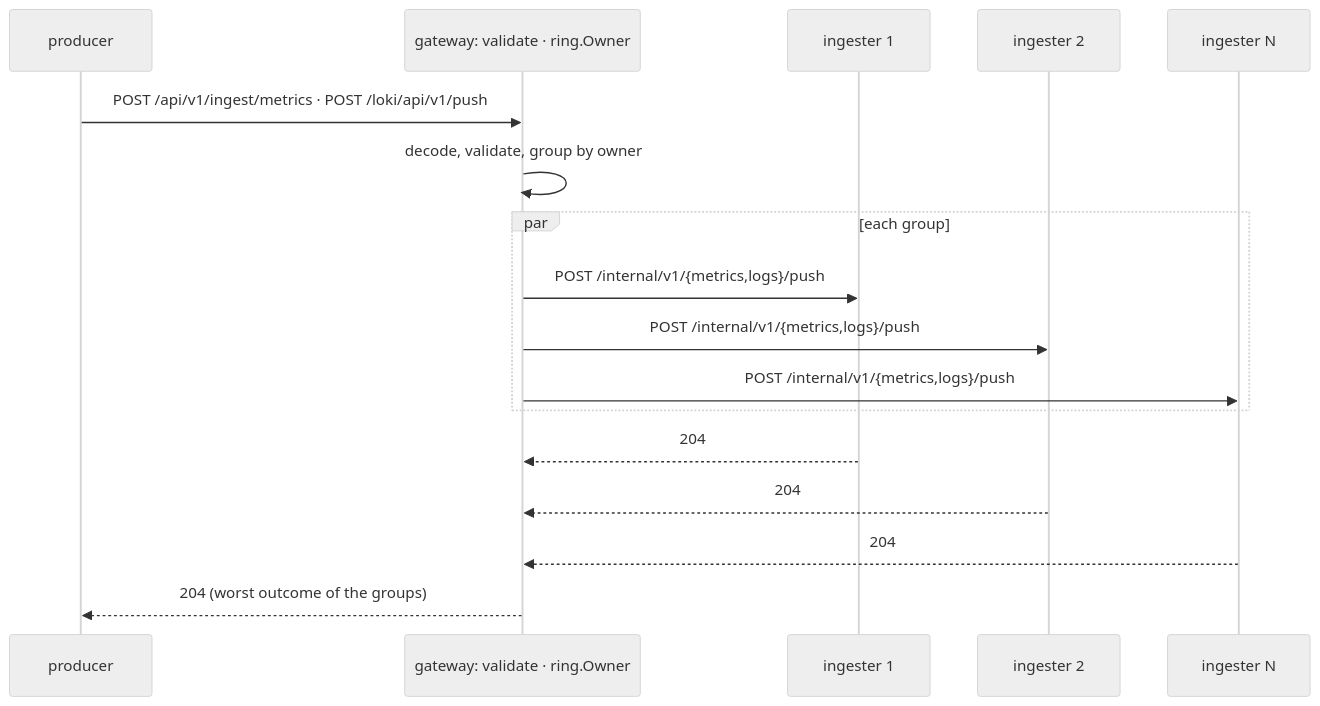
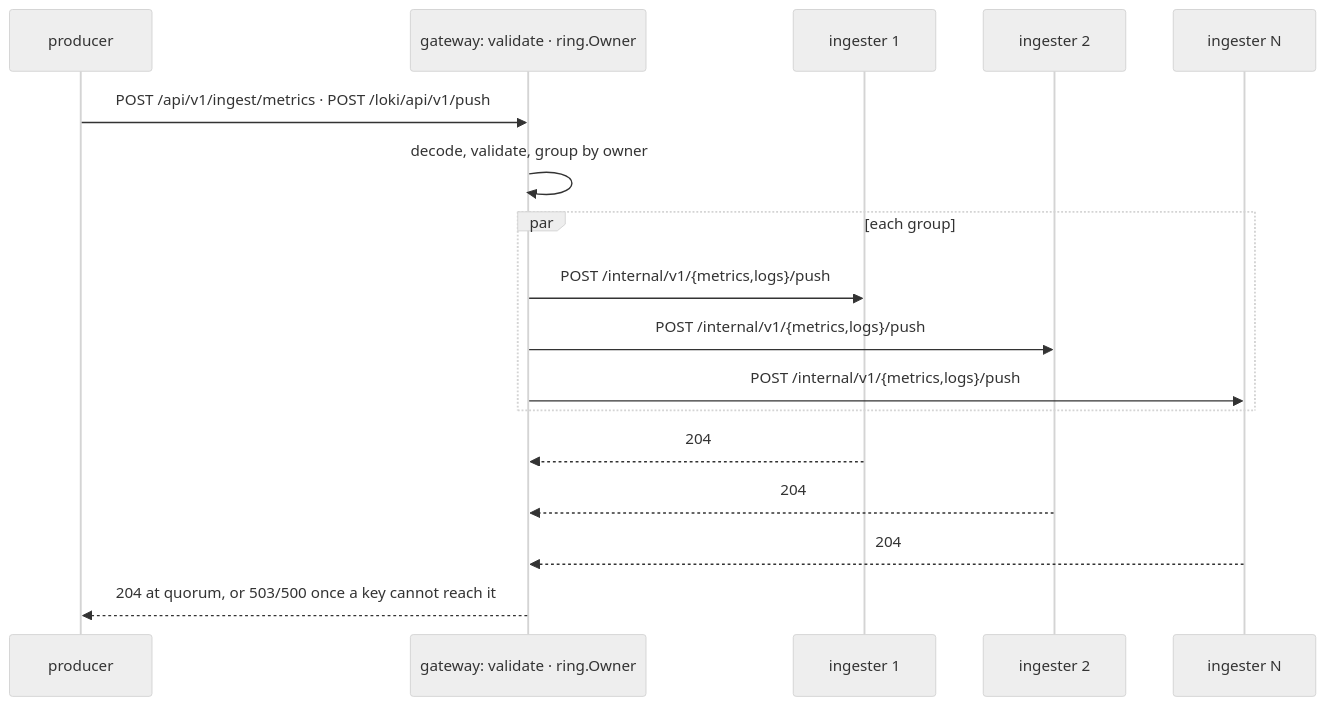
The second of 5 diagrams in docs/architecture/components.md (Weilei424/observability-platform), drawn with Mermaid (neutral theme) before and after one commit. The commit also changed other lines of this file, not shown here.

Commit message:
docs(architecture): describe the per-key quorum answer instead of the worst outcome

````diff
--- a/docs/architecture/components.md
+++ b/docs/architecture/components.md
@@ -92,19 +99,19 @@
 ```mermaid
 sequenceDiagram
   participant P as producer
   participant G as gateway: validate · ring.Owner
   participant I1 as ingester 1
   participant I2 as ingester 2
   participant IN as ingester N
   P->>G: POST /api/v1/ingest/metrics · POST /loki/api/v1/push
   G->>G: decode, validate, group by owner
   par each group
     G->>I1: POST /internal/v1/{metrics,logs}/push
     G->>I2: POST /internal/v1/{metrics,logs}/push
     G->>IN: POST /internal/v1/{metrics,logs}/push
   end
   I1-->>G: 204
   I2-->>G: 204
   IN-->>G: 204
-  G-->>P: 204 (worst outcome of the groups)
+  G-->>P: 204 at quorum, or 503/500 once a key cannot reach it
 ```
````
